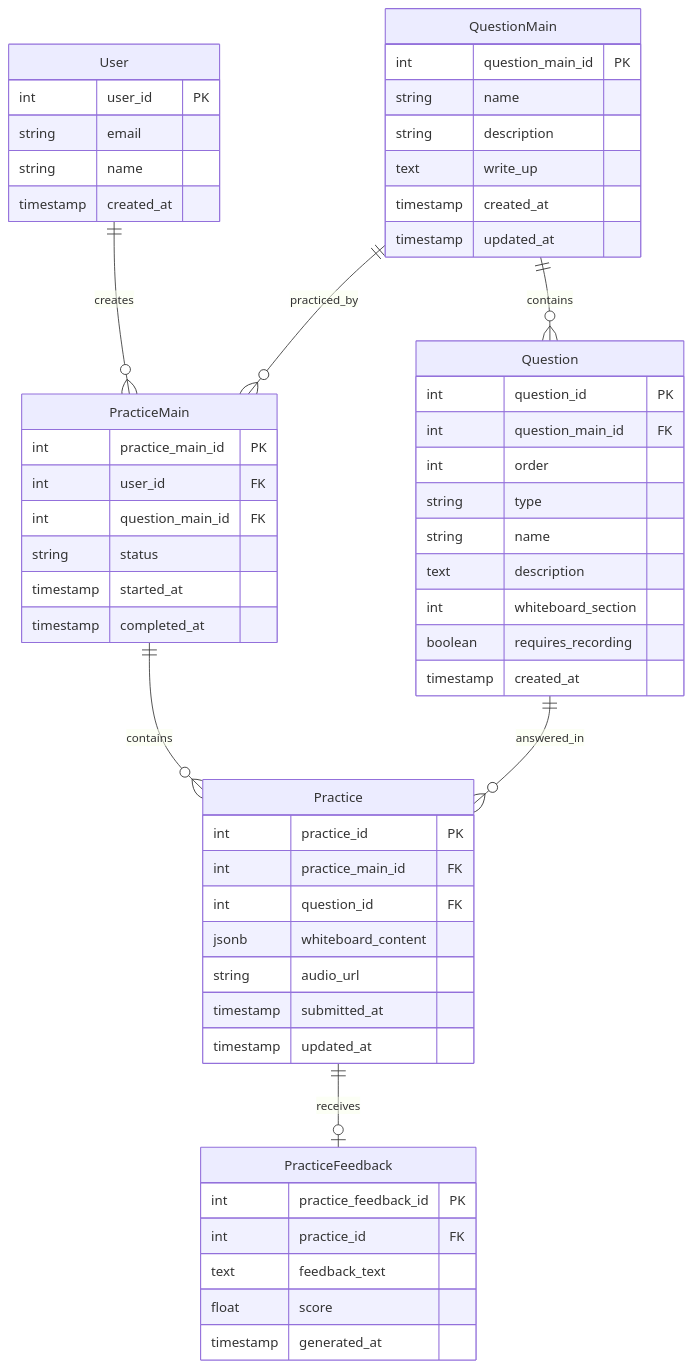
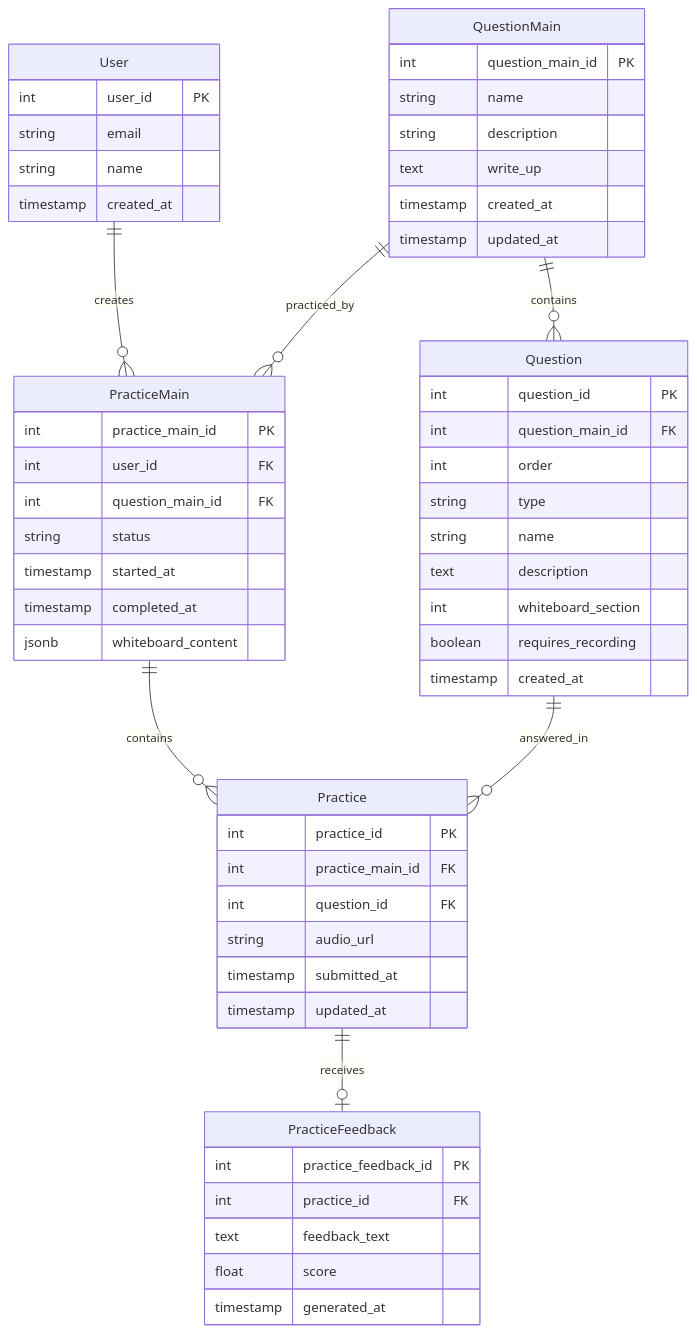
Before and after one commit to yhhsieh82/hellointerview-prds: the diagram in 00-foundation.md, drawn with Mermaid. The commit also changed other lines of this file and 2 other files, not shown here.

Commit message:
Refine documentation for clarification on whiteboard feature

````diff
--- a/00-foundation.md
+++ b/00-foundation.md
@@ -104,64 +104,64 @@
 ```mermaid
 erDiagram
     User ||--o{ PracticeMain : creates
     QuestionMain ||--o{ Question : contains
     QuestionMain ||--o{ PracticeMain : "practiced_by"
     PracticeMain ||--o{ Practice : contains
     Question ||--o{ Practice : "answered_in"
     Practice ||--o| PracticeFeedback : receives
     
     User {
         int user_id PK
         string email
         string name
         timestamp created_at
     }
     
     QuestionMain {
         int question_main_id PK
         string name
         string description
         text write_up
         timestamp created_at
         timestamp updated_at
     }
     
     Question {
         int question_id PK
         int question_main_id FK
         int order
         string type
         string name
         text description
         int whiteboard_section
         boolean requires_recording
         timestamp created_at
     }
     
     PracticeMain {
         int practice_main_id PK
         int user_id FK
         int question_main_id FK
         string status
         timestamp started_at
         timestamp completed_at
+        jsonb whiteboard_content
     }
     
     Practice {
         int practice_id PK
         int practice_main_id FK
         int question_id FK
-        jsonb whiteboard_content
         string audio_url
         timestamp submitted_at
         timestamp updated_at
     }
     
     PracticeFeedback {
         int practice_feedback_id PK
         int practice_id FK
         text feedback_text
         float score
         timestamp generated_at
     }
 ```
````
